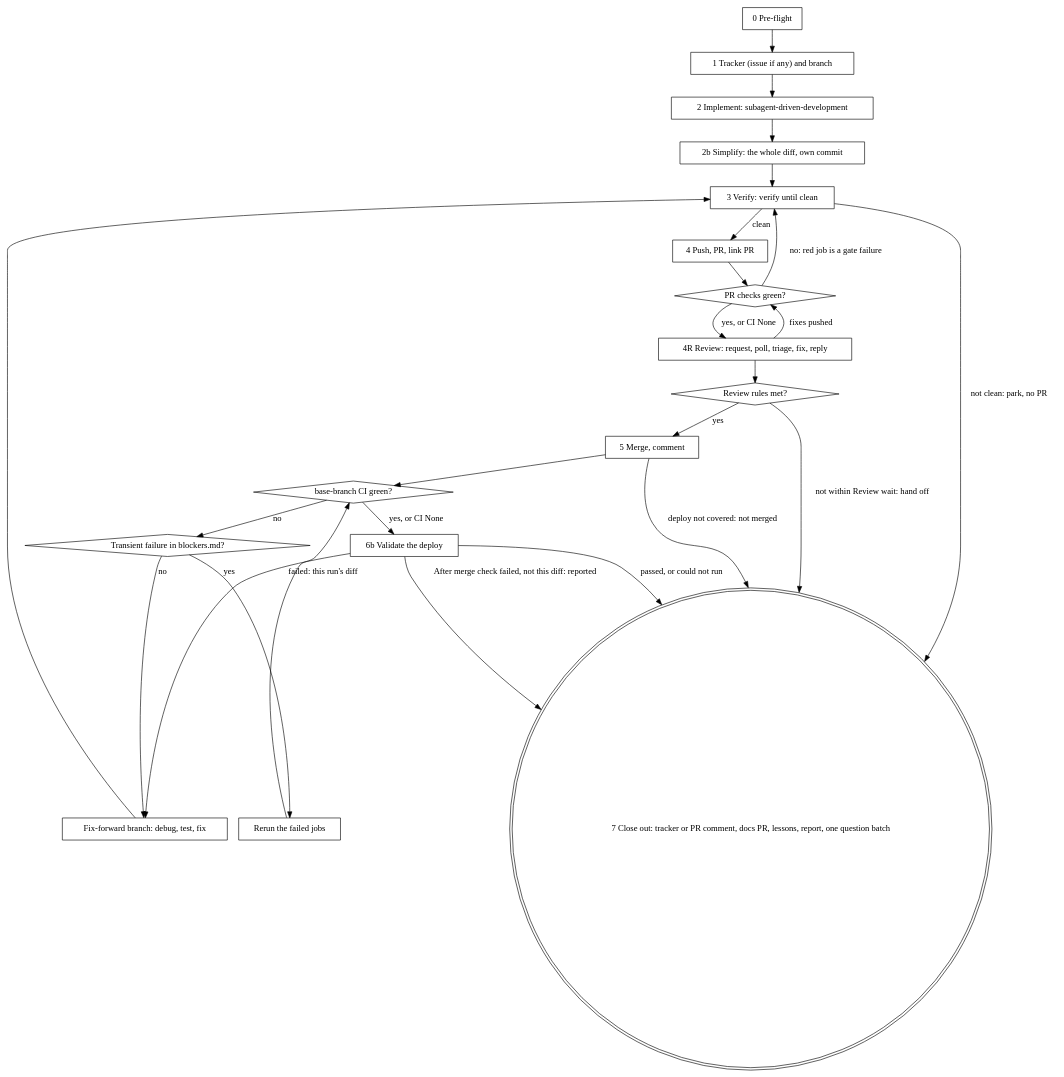
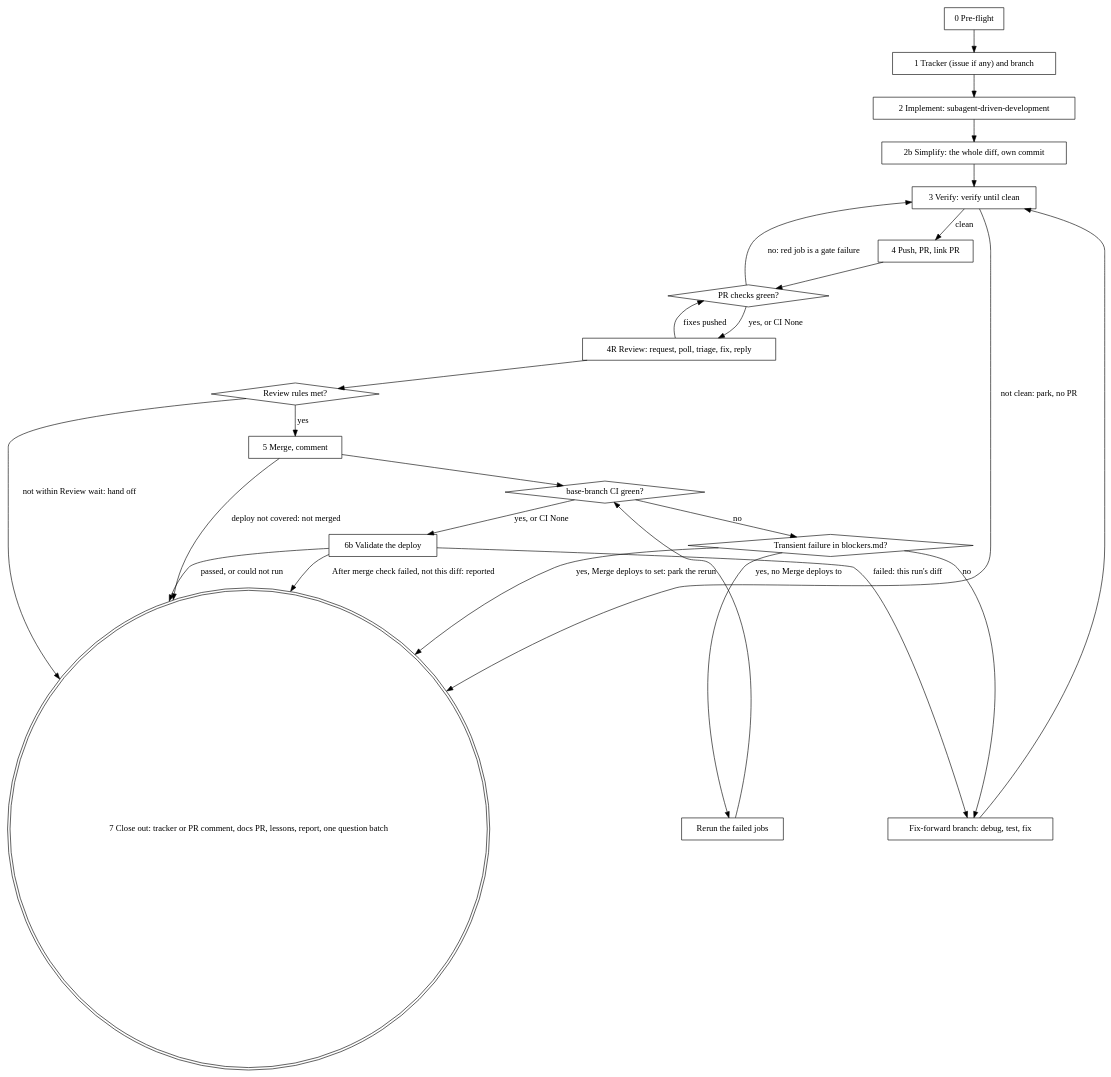
The diagram in skills/ship-plan/SKILL.md (tarmopr/ai-skills), drawn with Graphviz before and after one commit. The commit also changed other lines of this file and 5 other files, not shown here.

````diff
--- a/skills/ship-plan/SKILL.md
+++ b/skills/ship-plan/SKILL.md
@@ -192,45 +192,46 @@
 ```dot
 digraph ship {
   "0 Pre-flight" [shape=box];
   "1 Tracker (issue if any) and branch" [shape=box];
   "2 Implement: subagent-driven-development" [shape=box];
   "2b Simplify: the whole diff, own commit" [shape=box];
   "3 Verify: verify until clean" [shape=box];
   "4 Push, PR, link PR" [shape=box];
   "PR checks green?" [shape=diamond];
   "4R Review: request, poll, triage, fix, reply" [shape=box];
   "Review rules met?" [shape=diamond];
   "5 Merge, comment" [shape=box];
   "base-branch CI green?" [shape=diamond];
   "Transient failure in blockers.md?" [shape=diamond];
   "Rerun the failed jobs" [shape=box];
   "Fix-forward branch: debug, test, fix" [shape=box];
   "6b Validate the deploy" [shape=box];
   "7 Close out: tracker or PR comment, docs PR, lessons, report, one question batch" [shape=doublecircle];
 
   "0 Pre-flight" -> "1 Tracker (issue if any) and branch";
   "1 Tracker (issue if any) and branch" -> "2 Implement: subagent-driven-development";
   "2 Implement: subagent-driven-development" -> "2b Simplify: the whole diff, own commit";
   "2b Simplify: the whole diff, own commit" -> "3 Verify: verify until clean";
   "3 Verify: verify until clean" -> "4 Push, PR, link PR" [label="clean"];
   "3 Verify: verify until clean" -> "7 Close out: tracker or PR comment, docs PR, lessons, report, one question batch" [label="not clean: park, no PR"];
   "4 Push, PR, link PR" -> "PR checks green?";
   "PR checks green?" -> "3 Verify: verify until clean" [label="no: red job is a gate failure"];
   "PR checks green?" -> "4R Review: request, poll, triage, fix, reply" [label="yes, or CI None"];
   "4R Review: request, poll, triage, fix, reply" -> "PR checks green?" [label="fixes pushed"];
   "4R Review: request, poll, triage, fix, reply" -> "Review rules met?";
   "Review rules met?" -> "5 Merge, comment" [label="yes"];
   "Review rules met?" -> "7 Close out: tracker or PR comment, docs PR, lessons, report, one question batch" [label="not within Review wait: hand off"];
   "5 Merge, comment" -> "base-branch CI green?";
   "5 Merge, comment" -> "7 Close out: tracker or PR comment, docs PR, lessons, report, one question batch" [label="deploy not covered: not merged"];
   "base-branch CI green?" -> "6b Validate the deploy" [label="yes, or CI None"];
   "6b Validate the deploy" -> "7 Close out: tracker or PR comment, docs PR, lessons, report, one question batch" [label="passed, or could not run"];
   "6b Validate the deploy" -> "Fix-forward branch: debug, test, fix" [label="failed: this run's diff"];
   "6b Validate the deploy" -> "7 Close out: tracker or PR comment, docs PR, lessons, report, one question batch" [label="After merge check failed, not this diff: reported"];
   "base-branch CI green?" -> "Transient failure in blockers.md?" [label="no"];
-  "Transient failure in blockers.md?" -> "Rerun the failed jobs" [label="yes"];
+  "Transient failure in blockers.md?" -> "Rerun the failed jobs" [label="yes, no Merge deploys to"];
+  "Transient failure in blockers.md?" -> "7 Close out: tracker or PR comment, docs PR, lessons, report, one question batch" [label="yes, Merge deploys to set: park the rerun"];
   "Rerun the failed jobs" -> "base-branch CI green?";
   "Transient failure in blockers.md?" -> "Fix-forward branch: debug, test, fix" [label="no"];
   "Fix-forward branch: debug, test, fix" -> "3 Verify: verify until clean";
 }
 ```
````
